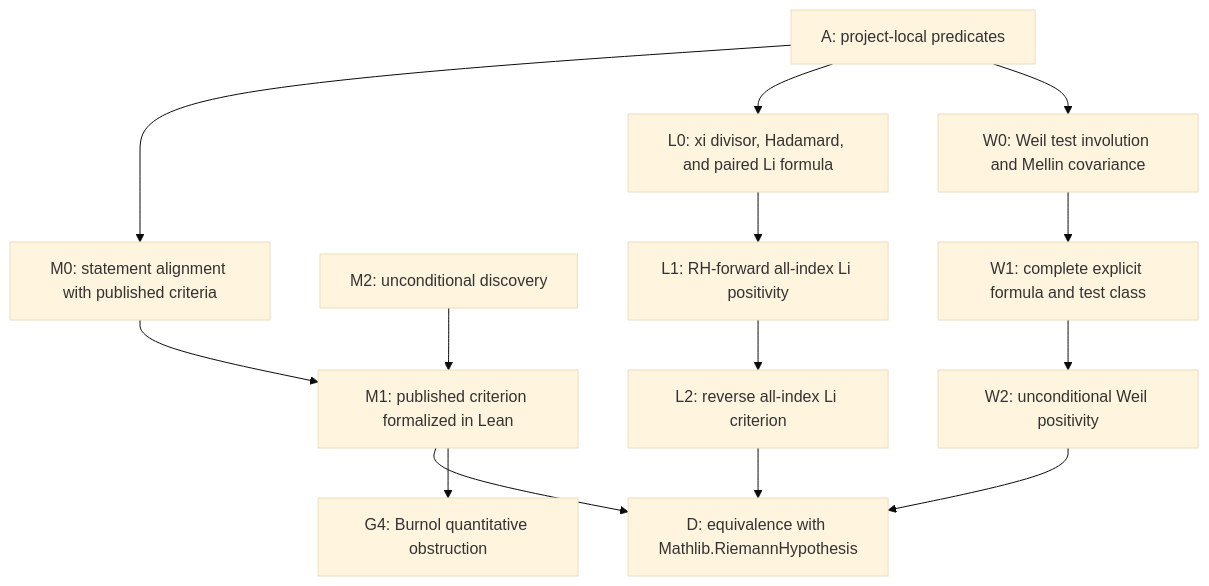
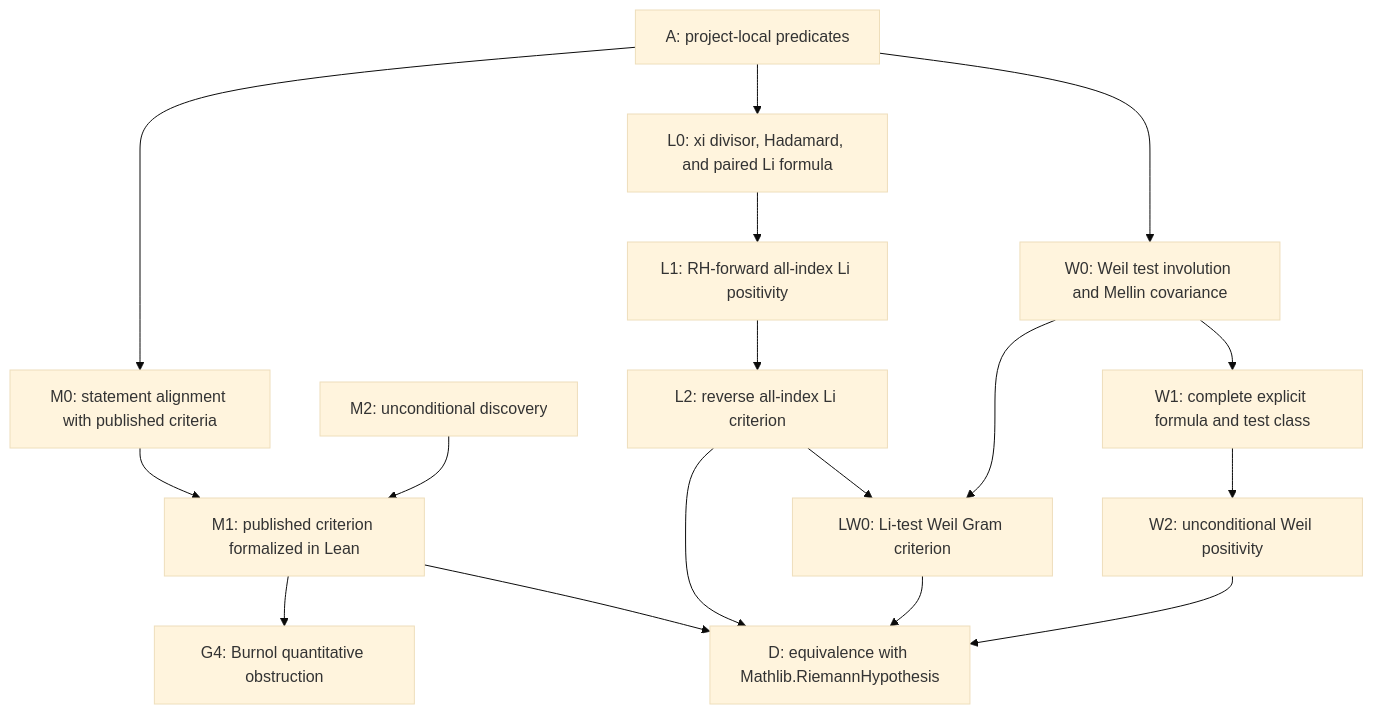
One commit to Ryugu-07/lean-lab-rh changed the diagram in research/hard_gap_dag.md. Above: the diagram before and after it, drawn with Mermaid (base theme). The commit also changed other lines of this file and 9 other files, not shown here.

Commit message:
Formalize the Li-Weil Gram criterion

````diff
--- a/research/hard_gap_dag.md
+++ b/research/hard_gap_dag.md
@@ -12,16 +12,19 @@
 ```mermaid
 flowchart TD
     A["A: project-local predicates"] --> M0["M0: statement alignment with published criteria"]
     M0 --> M1["M1: published criterion formalized in Lean"]
     M1 --> D["D: equivalence with Mathlib.RiemannHypothesis"]
     E["M2: unconditional discovery"] --> M1
     M1 --> G4["G4: Burnol quantitative obstruction"]
     A --> L0["L0: xi divisor, Hadamard, and paired Li formula"]
     L0 --> L1["L1: RH-forward all-index Li positivity"]
     L1 --> L2["L2: reverse all-index Li criterion"]
     L2 --> D
+    L2 --> LW0["LW0: Li-test Weil Gram criterion"]
+    W0 --> LW0
+    LW0 --> D
     A --> W0["W0: Weil test involution and Mellin covariance"]
     W0 --> W1["W1: complete explicit formula and test class"]
     W1 --> W2["W2: unconditional Weil positivity"]
     W2 --> D
 ```
````
